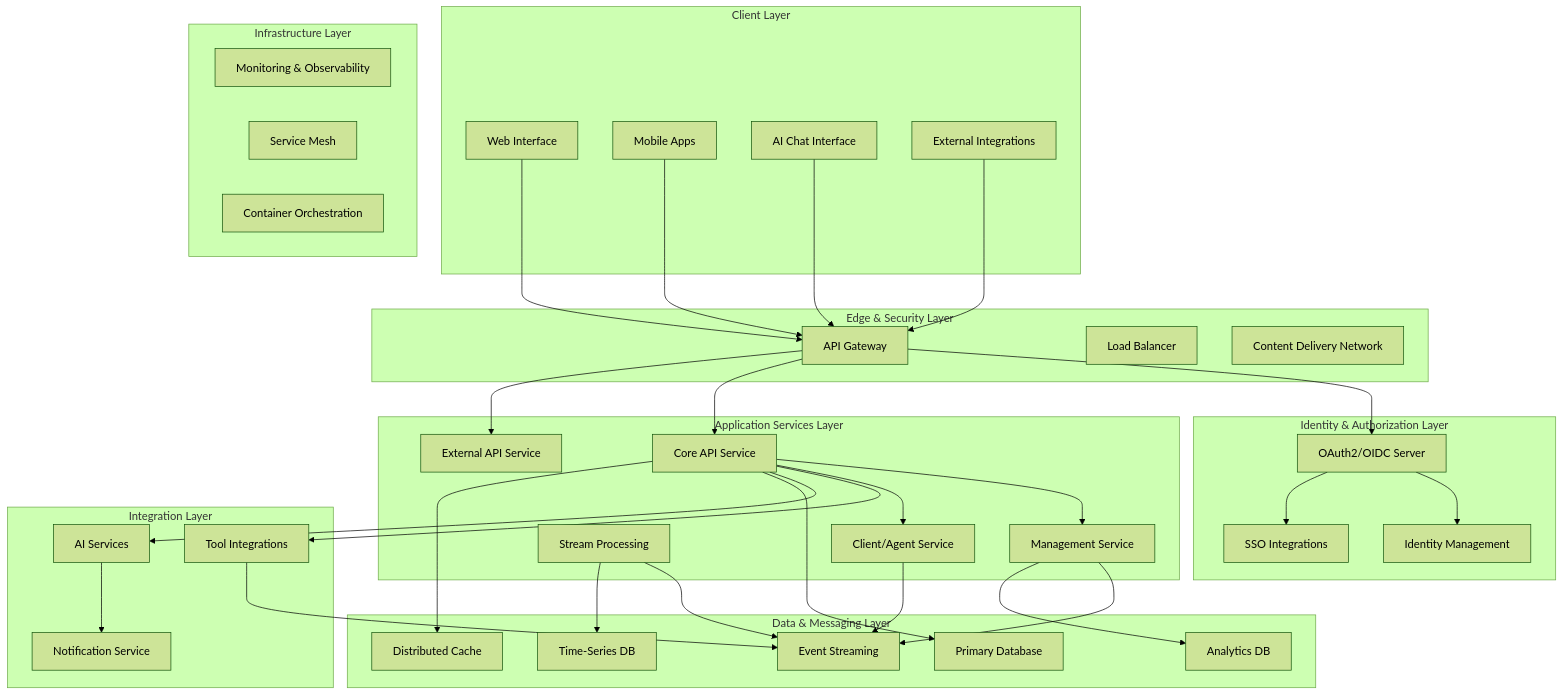
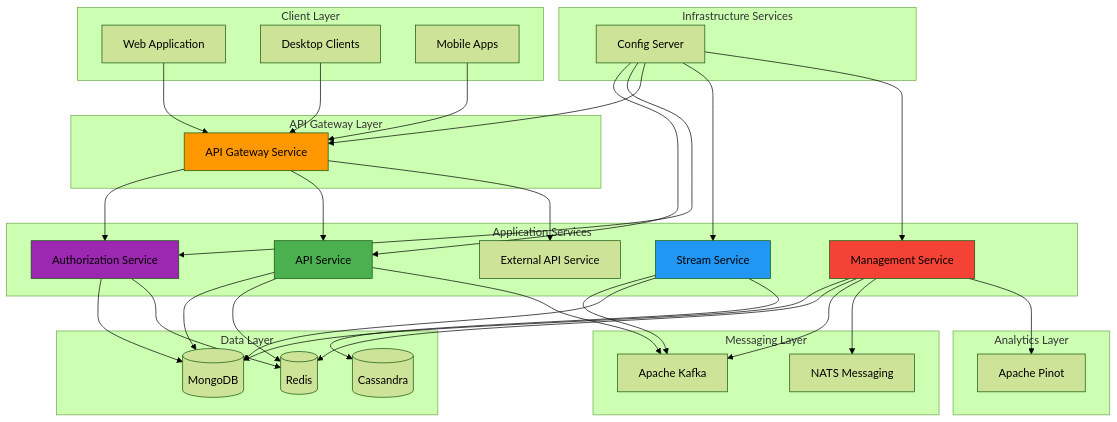
Before and after one commit to Praesto-Pro/openframe-oss-tenant: the first of 5 diagrams in docs/development/architecture/README.md, drawn with Mermaid (forest theme). The commit also changed other lines of this file and 174 other files, not shown here.

````diff
--- a/docs/development/architecture/README.md
+++ b/docs/development/architecture/README.md
@@ -11,78 +9,76 @@
 ```mermaid
-graph TB
+graph TD
     subgraph "Client Layer"
-        WebUI[Web Interface]
+        WebApp[Web Application]
+        DesktopApp[Desktop Clients]
         MobileApp[Mobile Apps]
-        AIChat[AI Chat Interface] 
-        ExternalAPI[External Integrations]
     end
     
-    subgraph "Edge & Security Layer"
-        Gateway[API Gateway]
-        LoadBalancer[Load Balancer]
-        CDN[Content Delivery Network]
+    subgraph "API Gateway Layer"
+        Gateway[API Gateway Service]
     end
     
-    subgraph "Identity & Authorization Layer"
-        AuthServer[OAuth2/OIDC Server]
-        IAM[Identity Management]
-        SSO[SSO Integrations]
+    subgraph "Application Services"
+        Auth[Authorization Service]
+        API[API Service]
+        External[External API Service]
+        Stream[Stream Service]
+        Management[Management Service]
     end
     
-    subgraph "Application Services Layer"
-        APIService[Core API Service]
-        ManagementService[Management Service]
-        StreamService[Stream Processing]
-        ClientService[Client/Agent Service]
-        ExternalAPIService[External API Service]
+    subgraph "Infrastructure Services"
+        Config[Config Server]
     end
     
-    subgraph "Integration Layer"
-        ToolIntegrations[Tool Integrations]
-        AIServices[AI Services]
-        NotificationService[Notification Service]
+    subgraph "Data Layer"
+        MongoDB[(MongoDB)]
+        Redis[(Redis)]
+        Cassandra[(Cassandra)]
     end
     
-    subgraph "Data & Messaging Layer"
-        EventStreaming[Event Streaming]
-        PrimaryDB[Primary Database]
-        TimeSeriesDB[Time-Series DB]
-        AnalyticsDB[Analytics DB]
-        Cache[Distributed Cache]
+    subgraph "Messaging Layer"
+        Kafka[Apache Kafka]
+        NATS[NATS Messaging]
     end
     
-    subgraph "Infrastructure Layer"
-        Monitoring[Monitoring & Observability]
-        ServiceMesh[Service Mesh]
-        ContainerOrchestration[Container Orchestration]
+    subgraph "Analytics Layer"
+        Pinot[Apache Pinot]
     end
     
-    WebUI --> Gateway
+    WebApp --> Gateway
+    DesktopApp --> Gateway
     MobileApp --> Gateway
-    AIChat --> Gateway
-    ExternalAPI --> Gateway
     
-    Gateway --> AuthServer
-    Gateway --> APIService
-    Gateway --> ExternalAPIService
+    Gateway --> Auth
+    Gateway --> API
+    Gateway --> External
     
-    AuthServer --> IAM
-    AuthServer --> SSO
+    API --> MongoDB
+    API --> Redis
+    API --> Kafka
     
-    APIService --> ManagementService
-    APIService --> ClientService
-    APIService --> ToolIntegrations
-    APIService --> AIServices
+    Auth --> MongoDB
+    Auth --> Redis
     
-    StreamService --> EventStreaming
-    ManagementService --> EventStreaming
-    ClientService --> EventStreaming
+    Stream --> Kafka
+    Stream --> MongoDB
+    Stream --> Cassandra
     
-    APIService --> PrimaryDB
-    APIService --> Cache
-    StreamService --> TimeSeriesDB
-    ManagementService --> AnalyticsDB
+    Management --> MongoDB
+    Management --> Redis
+    Management --> Kafka
+    Management --> NATS
+    Management --> Pinot
     
-    ToolIntegrations --> EventStreaming
-    AIServices --> NotificationService
+    Config --> API
+    Config --> Auth
+    Config --> Gateway
+    Config --> Stream
+    Config --> Management
+    
+    style Gateway fill:#ff9800
+    style Auth fill:#9c27b0
+    style API fill:#4caf50
+    style Stream fill:#2196f3
+    style Management fill:#f44336
 ```
````
